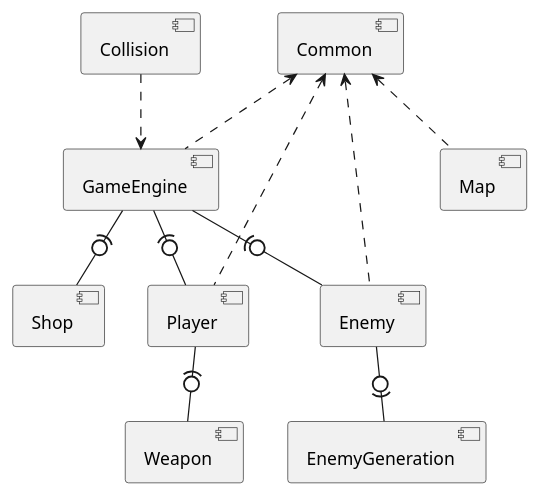
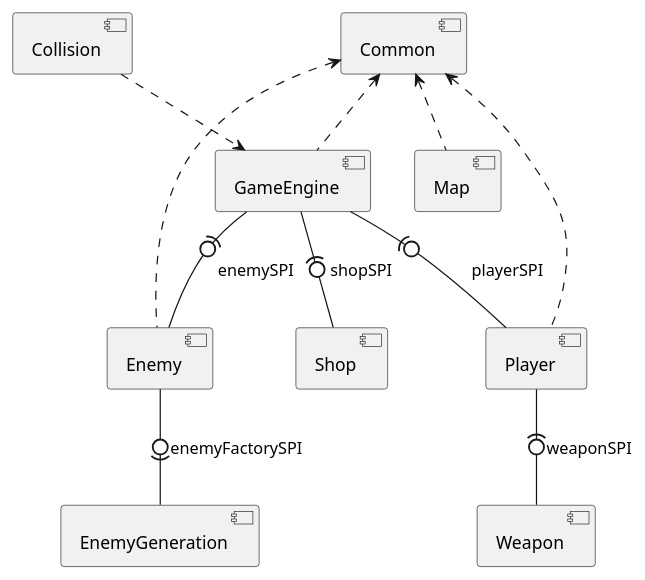
One commit to joachimhviid/BoatToEngland changed the diagram in wiki/ComponentDiagram.puml. Above: the diagram before and after it, drawn with PlantUML. The commit also changed 2 other files, not shown here.

```diff
--- a/wiki/ComponentDiagram.puml
+++ b/wiki/ComponentDiagram.puml
@@ -1,28 +1,28 @@
 @startuml
 'https://plantuml.com/component-diagram
 
 [Player]
 [Enemy]
 [EnemyGeneration]
 [GameEngine]
 [Map]
 [Collision]
 [Weapon]
 [Shop]
 [Common]
 
 
 [Collision] ..> [GameEngine]
-[Player] -(0- [Weapon]
+[Player] -(0- [Weapon] : "weaponSPI"
 [Common] <.. [Player]
 [Common] <.. [Enemy]
 [Common] <.. [Map]
-[GameEngine] -(0- [Shop]
+[GameEngine] -(0- [Shop] : "shopSPI"
 [Common] <.. [GameEngine]
-[Enemy] -0)- [EnemyGeneration]
-[GameEngine] -(0- [Enemy]
-[GameEngine] -(0- [Player]
+[Enemy] -0)- [EnemyGeneration] :"enemyFactorySPI"
+[GameEngine] -(0- [Enemy] : "enemySPI"
+[GameEngine] -(0- [Player] : "playerSPI"
 /'note bottom of [EnemyGeneration]: Which one eats which
 note right of [Common]: Are the lolipop notaions pointing the right way? \n
 '/
 @enduml
```
